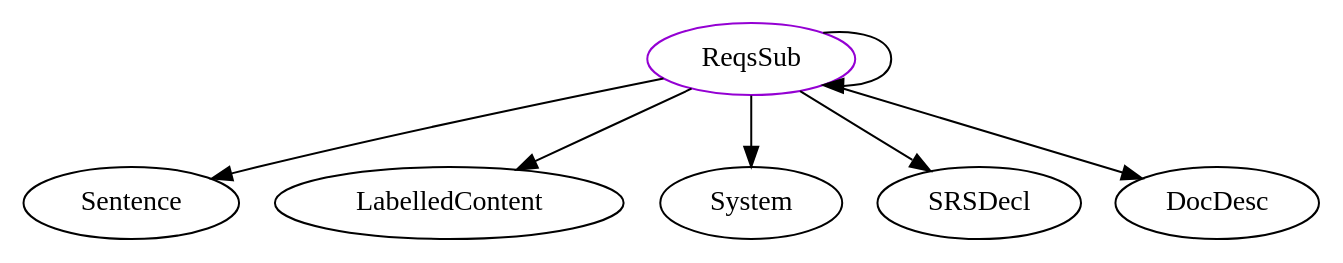
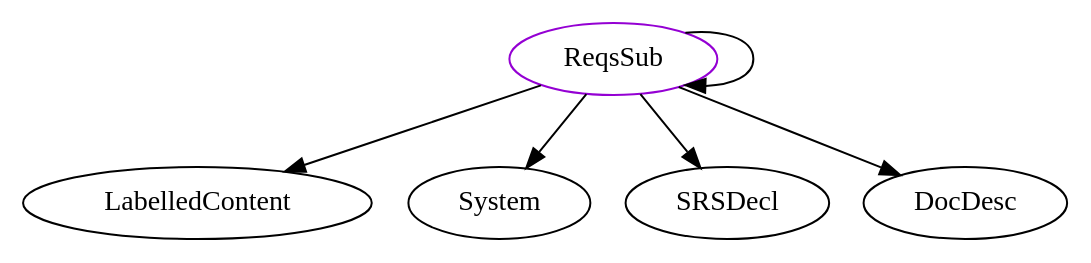
One commit to JacquesCarette/Drasil changed the diagram in analysis/TypeDependencyGraphs/docLang/ReqsSub.dot. Above: the diagram before and after it, drawn with Graphviz. The commit also changed 893 other files, not shown here.

```diff
--- a/analysis/TypeDependencyGraphs/docLang/ReqsSub.dot
+++ b/analysis/TypeDependencyGraphs/docLang/ReqsSub.dot
@@ -1,9 +1,8 @@
 digraph reqssub{
 ReqsSub	[shape=oval, color=darkviolet, label="ReqsSub"];
-ReqsSub -> Sentence;
 ReqsSub -> LabelledContent;
 ReqsSub -> ReqsSub;
 ReqsSub -> System;
 ReqsSub -> SRSDecl;
 ReqsSub -> DocDesc;
 }
```
